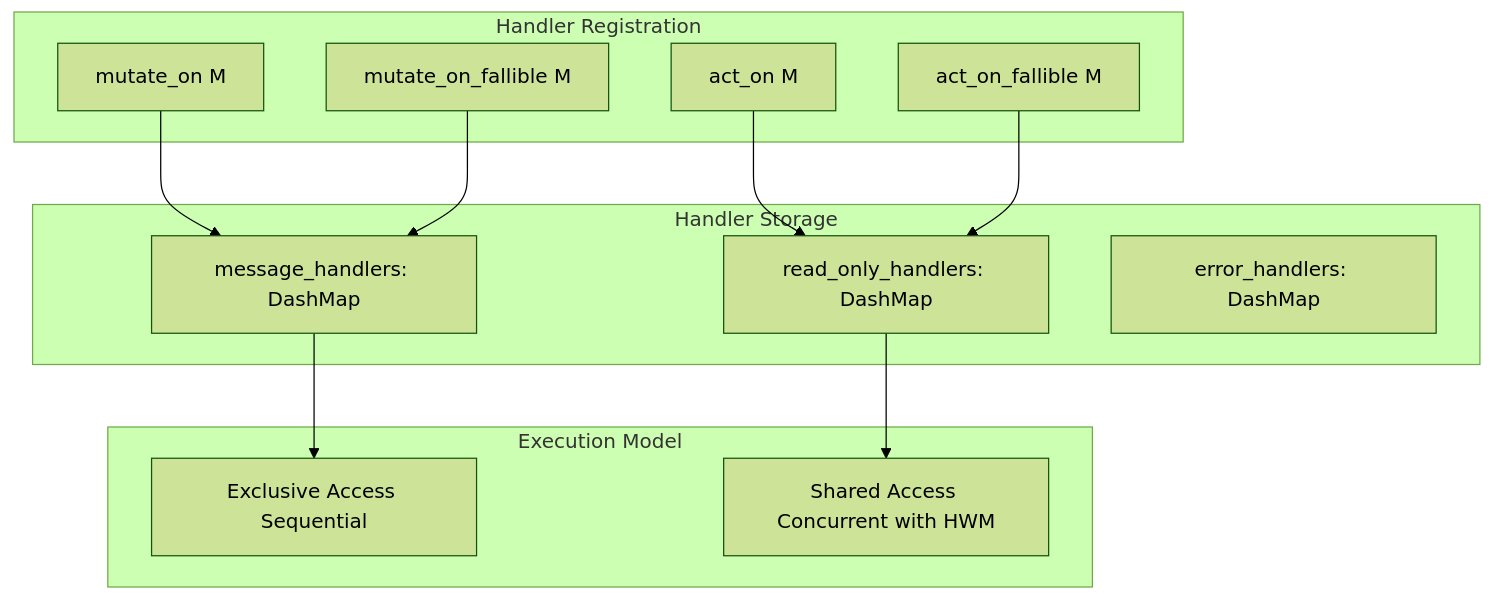
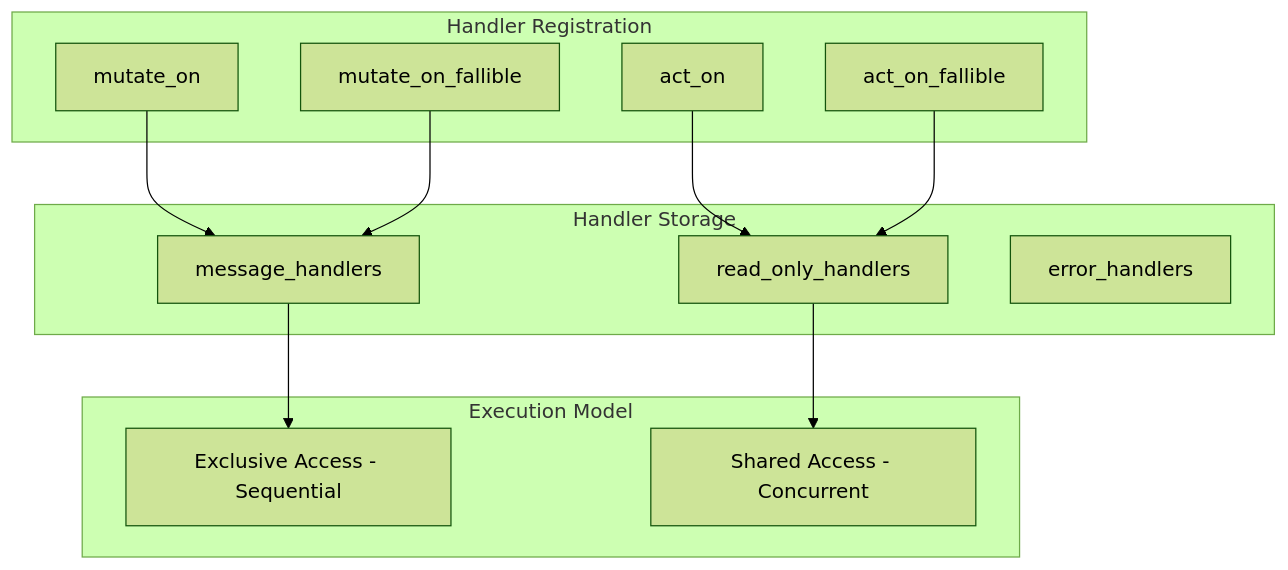
The sixth of 13 diagrams in acton-docs-site/src/app/docs/architecture/page.md (Govcraft/acton-reactive), drawn with Mermaid (forest theme) before and after one commit. The commit also changed other lines of this file, not shown here.

First line of the commit message:
fix(docs): update Mermaid diagrams for v11.x compatibility

````diff
--- a/acton-docs-site/src/app/docs/architecture/page.md
+++ b/acton-docs-site/src/app/docs/architecture/page.md
@@ -278,28 +278,28 @@
 ```mermaid
 graph TB
-    subgraph "Handler Registration"
-        MutateOn[mutate_on M]
-        ActOn[act_on M]
-        MutateOnFallible[mutate_on_fallible M]
-        ActOnFallible[act_on_fallible M]
+    subgraph HandlerReg["Handler Registration"]
+        MutateOn["mutate_on"]
+        ActOn["act_on"]
+        MutateOnFallible["mutate_on_fallible"]
+        ActOnFallible["act_on_fallible"]
     end
 
-    subgraph "Handler Storage"
-        MutableHandlers[message_handlers: DashMap]
-        ReadOnlyHandlers[read_only_handlers: DashMap]
-        ErrorHandlers[error_handlers: DashMap]
+    subgraph HandlerStore["Handler Storage"]
+        MutableHandlers["message_handlers"]
+        ReadOnlyHandlers["read_only_handlers"]
+        ErrorHandlers["error_handlers"]
     end
 
-    subgraph "Execution Model"
-        Exclusive[Exclusive Access Sequential]
-        Concurrent[Shared Access Concurrent with HWM]
+    subgraph ExecModel["Execution Model"]
+        Exclusive["Exclusive Access - Sequential"]
+        Concurrent["Shared Access - Concurrent"]
     end
 
     MutateOn --> MutableHandlers
     MutateOnFallible --> MutableHandlers
     ActOn --> ReadOnlyHandlers
     ActOnFallible --> ReadOnlyHandlers
 
     MutableHandlers --> Exclusive
     ReadOnlyHandlers --> Concurrent
 ```
````
